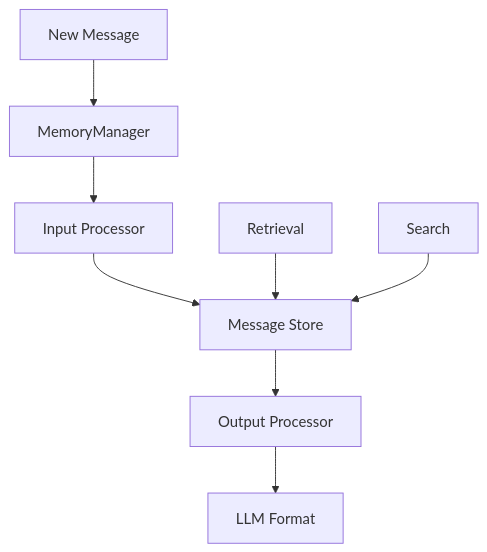
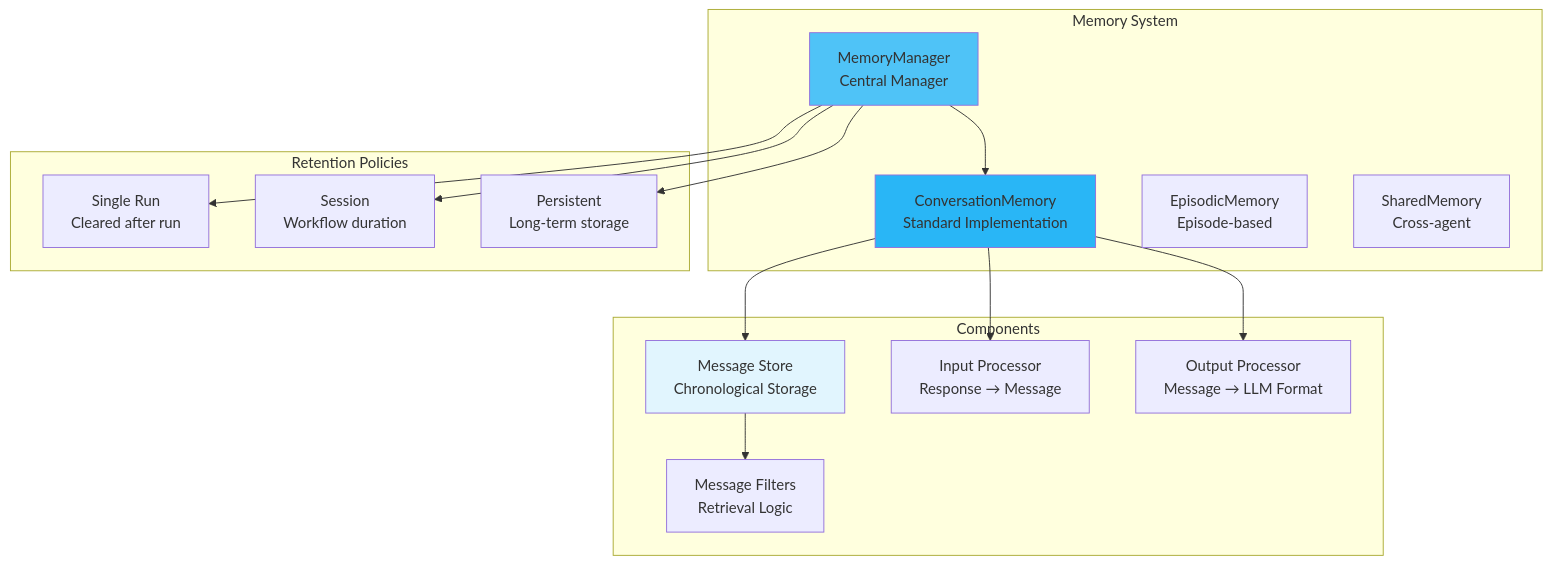
One commit to rezaho/MARSYS changed the diagram in docs/concepts/memory.md. Above: the diagram before and after it, drawn with Mermaid. The commit also changed other lines of this file and 93 other files, not shown here.

````diff
--- a/docs/concepts/memory.md
+++ b/docs/concepts/memory.md
@@ -7,11 +17,36 @@
 ```mermaid
-graph TD
-    A[New Message] --> B[MemoryManager]
-    B --> C[Input Processor]
-    C --> D[Message Store]
-    D --> E[Output Processor]
-    E --> F[LLM Format]
-    
-    G[Retrieval] --> D
-    H[Search] --> D
+graph TB
+    subgraph "Memory System"
+        MM[MemoryManager<br/>Central Manager]
+        CM[ConversationMemory<br/>Standard Implementation]
+        EM[EpisodicMemory<br/>Episode-based]
+        SM[SharedMemory<br/>Cross-agent]
+    end
+
+    subgraph "Components"
+        MS[Message Store<br/>Chronological Storage]
+        IP[Input Processor<br/>Response → Message]
+        OP[Output Processor<br/>Message → LLM Format]
+        MF[Message Filters<br/>Retrieval Logic]
+    end
+
+    subgraph "Retention Policies"
+        SR[Single Run<br/>Cleared after run]
+        SS[Session<br/>Workflow duration]
+        PS[Persistent<br/>Long-term storage]
+    end
+
+    MM --> CM
+    CM --> MS
+    CM --> IP
+    CM --> OP
+    MS --> MF
+
+    MM --> SR
+    MM --> SS
+    MM --> PS
+
+    style MM fill:#4fc3f7
+    style CM fill:#29b6f6
+    style MS fill:#e1f5fe
 ```
````
